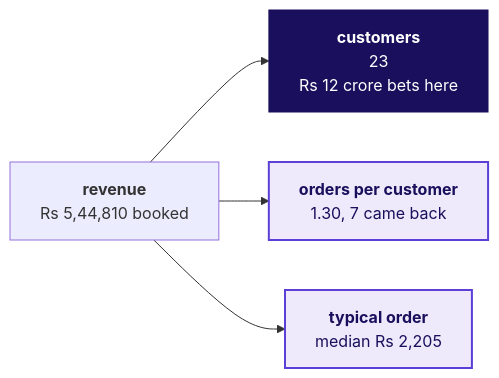
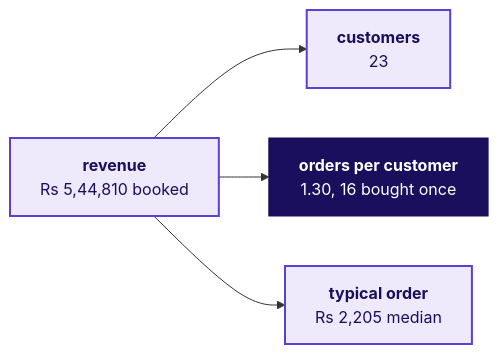
Before and after one commit to fde-academy-lab/c2-content-factory: diagram 18 of 18 in content/W01/D1/slides/C2_W01_D01_half1_STUDENT.md, drawn with Mermaid. The commit also changed other lines of this file and 10 other files, not shown here.

````diff
--- a/content/W01/D1/slides/C2_W01_D01_half1_STUDENT.md
+++ b/content/W01/D1/slides/C2_W01_D01_half1_STUDENT.md
@@ -1047,10 +1118,10 @@
 ```mermaid
 flowchart LR
-    R["<b>revenue</b><br/>Rs 5,44,810 booked"] --> C["<b>customers</b><br/>23<br/>Rs 12 crore bets here"]
-    R --> F["<b>orders per customer</b><br/>1.30, 7 came back"]
-    R --> A["<b>typical order</b><br/>median Rs 2,205"]
+    R["<b>revenue</b><br/>Rs 5,44,810 booked"] --> C["<b>customers</b><br/>23"]
+    R --> F["<b>orders per customer</b><br/>1.30, 16 bought once"]
+    R --> A["<b>typical order</b><br/>Rs 2,205 median"]
     classDef known fill:#EEEAFB,stroke:#5B3FD6,color:#1A0F5C,stroke-width:2px
     classDef bet fill:#1A0F5C,stroke:#1A0F5C,color:#FFFFFF
-    class F,A known
-    class C bet
+    class R,C,A known
+    class F bet
 ```
````
